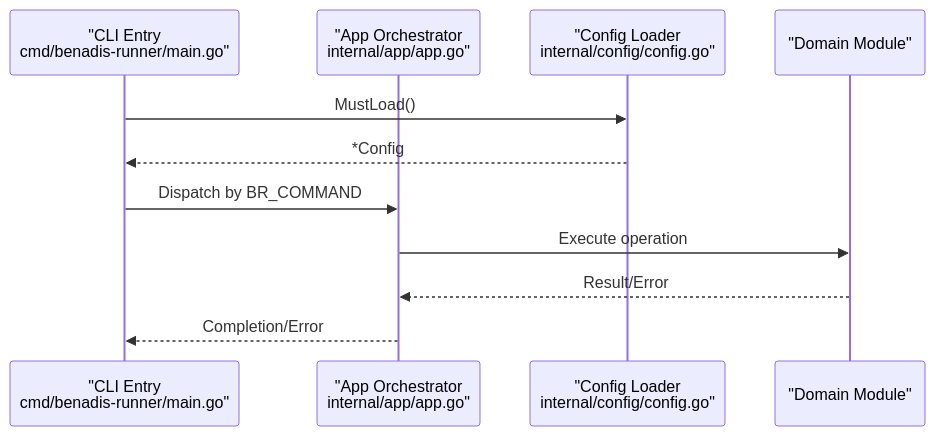
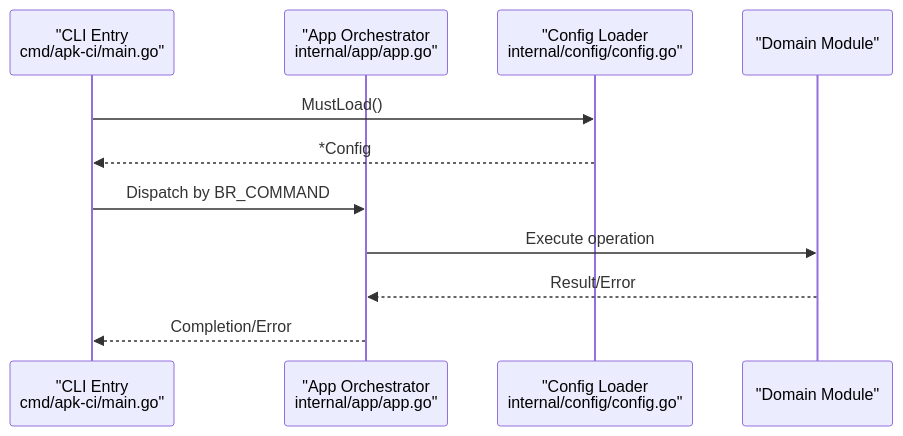
One commit to Kargones/apk-ci changed the second of 9 diagrams in .qoder/repowiki/en/content/Tool Overview & Core Value/Documentation Structure.md. Above: the diagram before and after it, drawn with Mermaid. The commit also changed other lines of this file and 189 other files, not shown here.

Commit message:
Замена benadis-runner на apk-ci.

````diff
--- a/.qoder/repowiki/en/content/Tool Overview & Core Value/Documentation Structure.md
+++ b/.qoder/repowiki/en/content/Tool Overview & Core Value/Documentation Structure.md
@@ -131,13 +131,13 @@
 ```mermaid
 sequenceDiagram
-participant CLI as "CLI Entry<br/>cmd/benadis-runner/main.go"
+participant CLI as "CLI Entry<br/>cmd/apk-ci/main.go"
 participant APP as "App Orchestrator<br/>internal/app/app.go"
 participant CFG as "Config Loader<br/>internal/config/config.go"
 participant MOD as "Domain Module"
 CLI->>CFG : MustLoad()
 CFG-->>CLI : *Config
 CLI->>APP : Dispatch by BR_COMMAND
 APP->>MOD : Execute operation
 MOD-->>APP : Result/Error
 APP-->>CLI : Completion/Error
 ```
````
